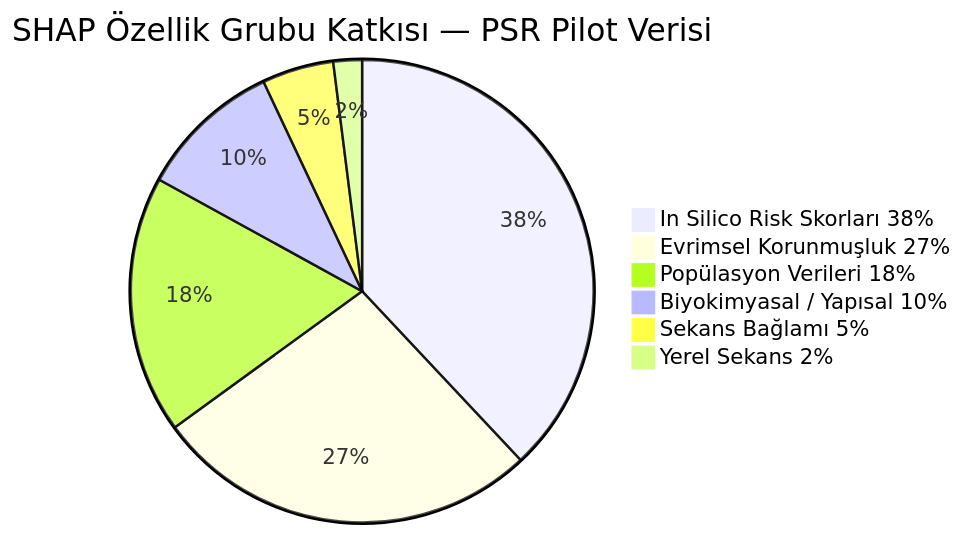
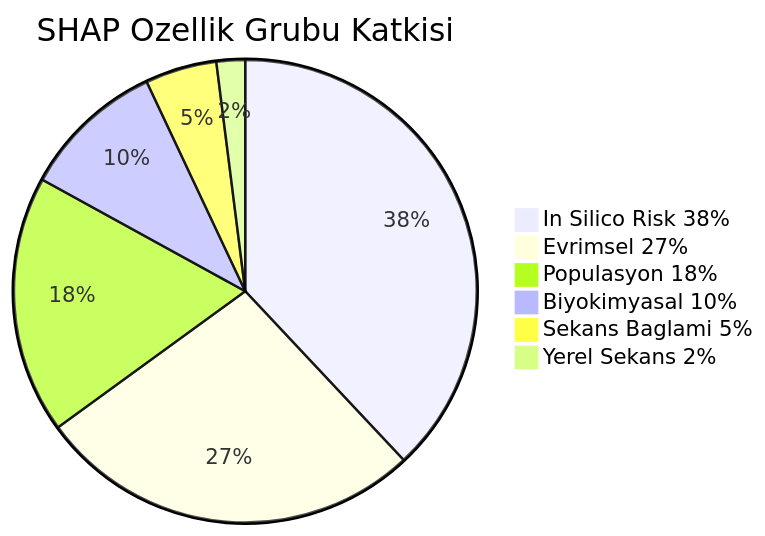
Diagram 12 of 16 in README.md (msgxr/VARIANT-GNN), drawn with Mermaid before and after one commit. The commit also changed other lines of this file, not shown here.

````diff
--- a/README.md
+++ b/README.md
@@ -740,9 +647,9 @@
 ```mermaid
-pie title SHAP Özellik Grubu Katkısı — PSR Pilot Verisi
-    "In Silico Risk Skorları 38%" : 38
-    "Evrimsel Korunmuşluk 27%" : 27
-    "Popülasyon Verileri 18%" : 18
-    "Biyokimyasal / Yapısal 10%" : 10
-    "Sekans Bağlamı 5%" : 5
-    "Yerel Sekans 2%" : 2
+pie title SHAP Ozellik Grubu Katkisi
+    "In Silico Risk    38%" : 38
+    "Evrimsel          27%" : 27
+    "Populasyon        18%" : 18
+    "Biyokimyasal      10%" : 10
+    "Sekans Baglami     5%" : 5
+    "Yerel Sekans       2%" : 2
 ```
````
